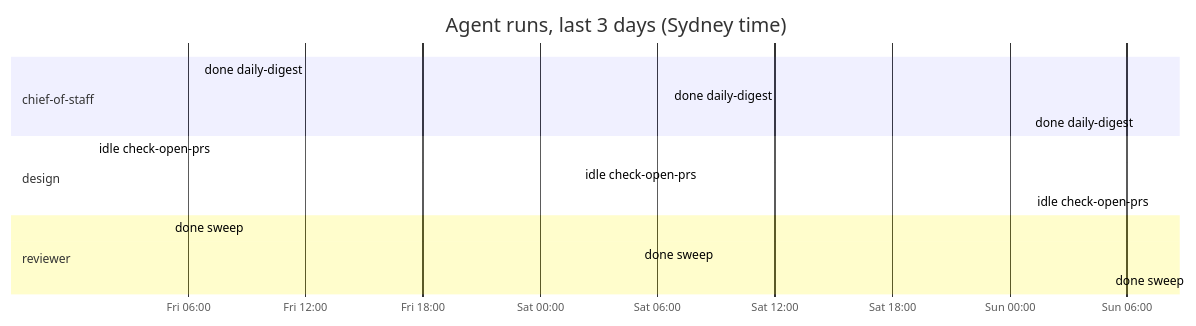
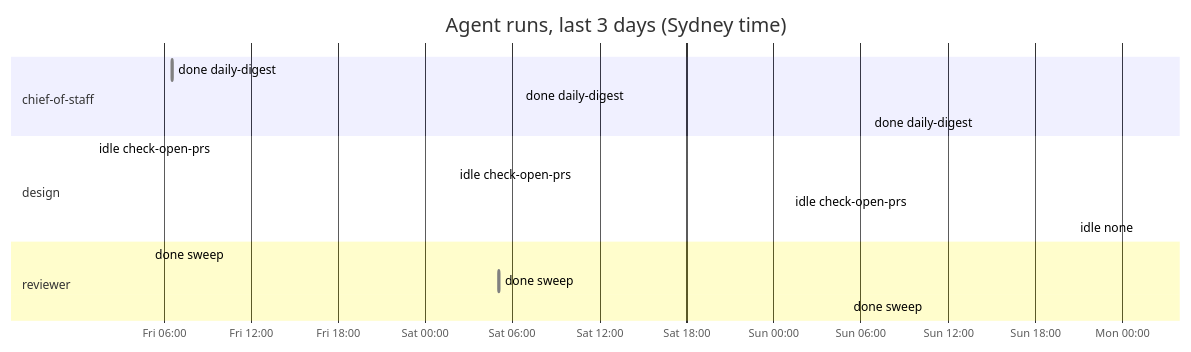
Before and after one commit to roulmediateam-byte/fifteen-expert-hq: the diagram in dashboard.md, drawn with Mermaid. The commit also changed other lines of this file and 1 other file, not shown here.

````diff
--- a/dashboard.md
+++ b/dashboard.md
@@ -41,18 +41,19 @@
 ```mermaid
 gantt
     title Agent runs, last 3 days (Sydney time)
     dateFormat YYYY-MM-DD HH:mm
     axisFormat %a %H:%M
     section chief-of-staff
     done daily-digest :done, 2026-11-13 06:34, 2026-11-13 06:36
     done daily-digest :done, 2026-11-14 06:35, 2026-11-14 06:36
     done daily-digest :done, 2026-11-15 06:35, 2026-11-15 06:36
     section design
     idle check-open-prs :done, 2026-11-13 01:11, 2026-11-13 01:11
     idle check-open-prs :done, 2026-11-14 02:01, 2026-11-14 02:02
     idle check-open-prs :done, 2026-11-15 01:08, 2026-11-15 01:09
+    idle none :done, 2026-11-16 01:08, 2026-11-16 01:08
     section reviewer
     done sweep :done, 2026-11-13 05:05, 2026-11-13 05:05
     done sweep :done, 2026-11-14 05:05, 2026-11-14 05:06
     done sweep :done, 2026-11-15 05:07, 2026-11-15 05:08
 ```
````
